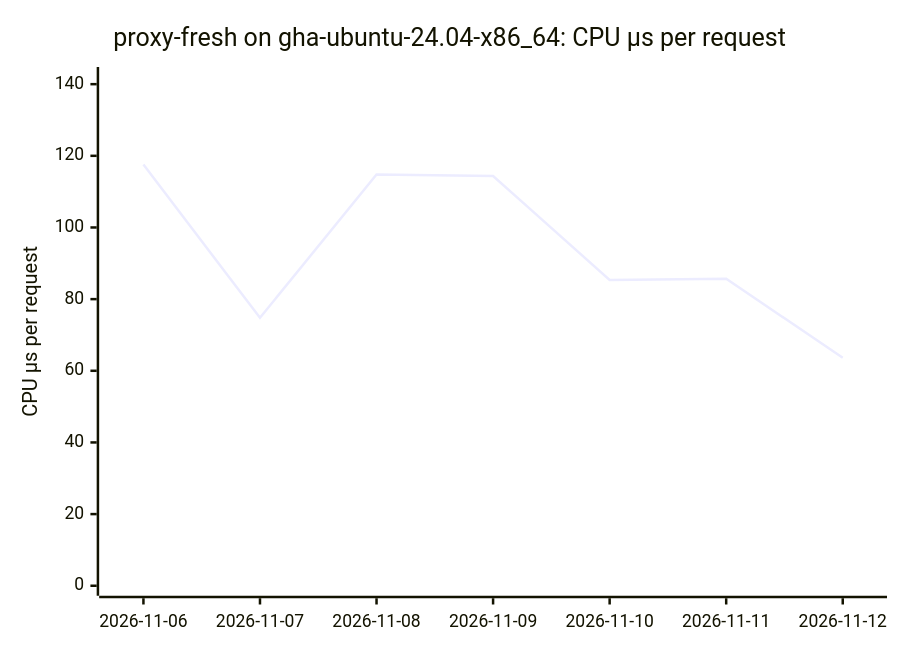
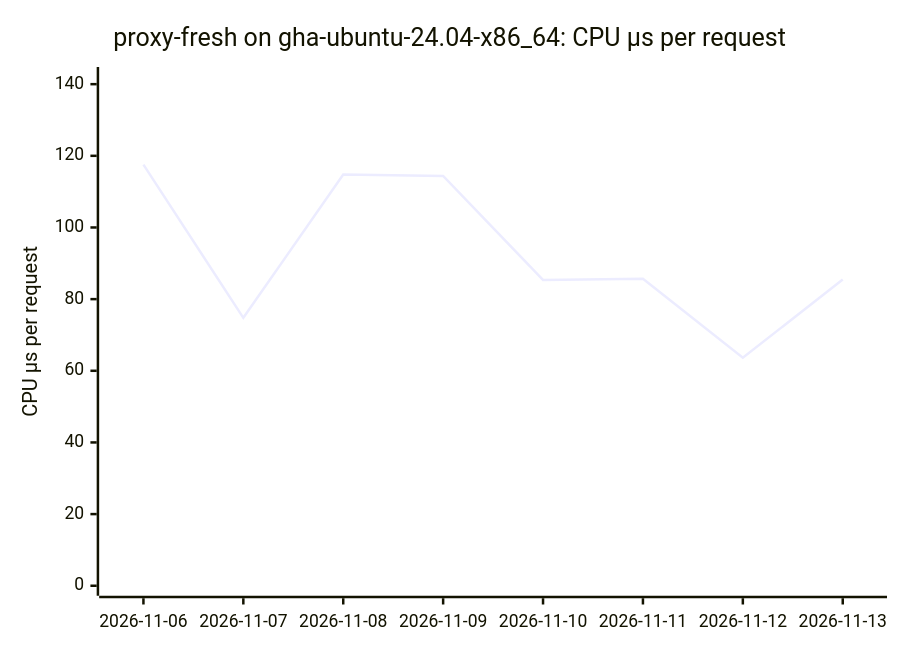
Before and after one commit to ThePixelPilgrim/durchlauferhitzer: the fifth of 18 diagrams in BENCHMARKS.md, drawn with Mermaid. The commit also changed other lines of this file and 1 other file, not shown here.

````diff
--- a/BENCHMARKS.md
+++ b/BENCHMARKS.md
@@ -66,7 +66,7 @@
 ```mermaid
 xychart-beta
   title "proxy-fresh on gha-ubuntu-24.04-x86_64: CPU µs per request"
-  x-axis ["2026-11-06", "2026-11-07", "2026-11-08", "2026-11-09", "2026-11-10", "2026-11-11", "2026-11-12"]
+  x-axis ["2026-11-06", "2026-11-07", "2026-11-08", "2026-11-09", "2026-11-10", "2026-11-11", "2026-11-12", "2026-11-13"]
   y-axis "CPU µs per request" 0 --> 142
-  line [117.55, 74.78, 114.80, 114.37, 85.35, 85.68, 63.64]
+  line [117.55, 74.78, 114.80, 114.37, 85.35, 85.68, 63.64, 85.50]
 ```
````
